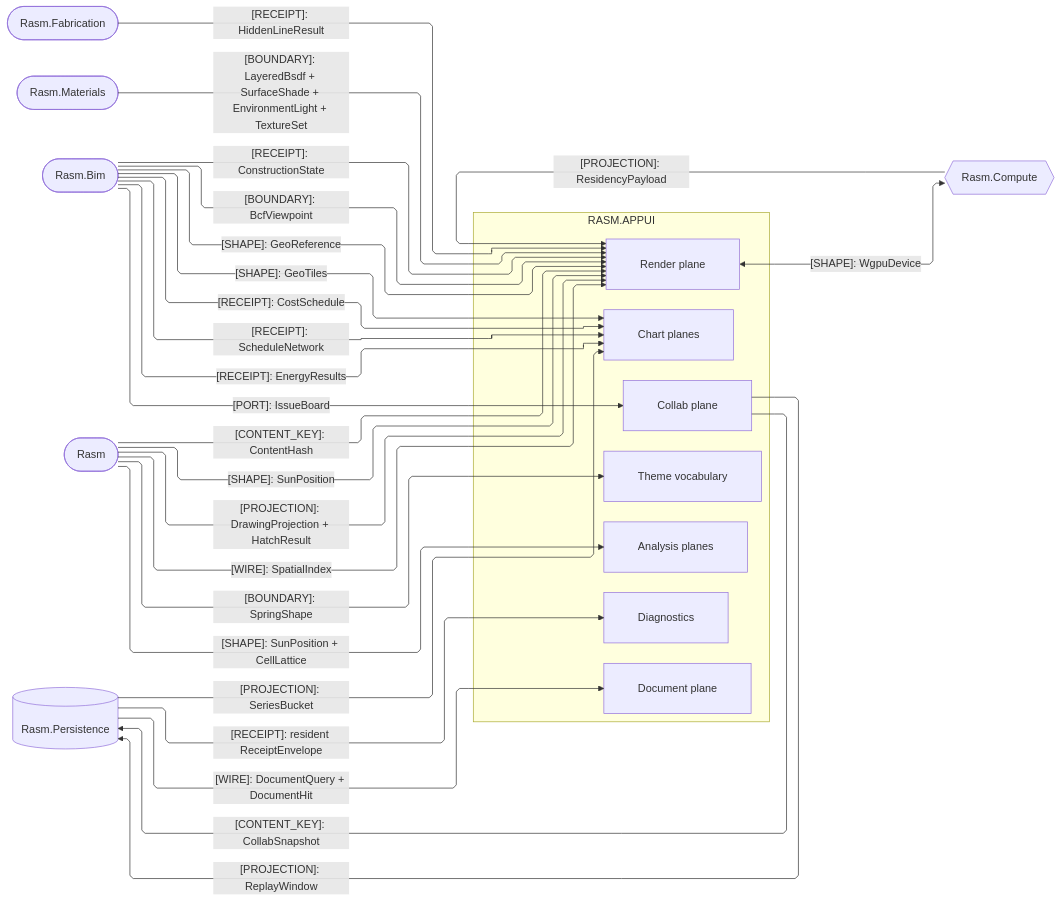
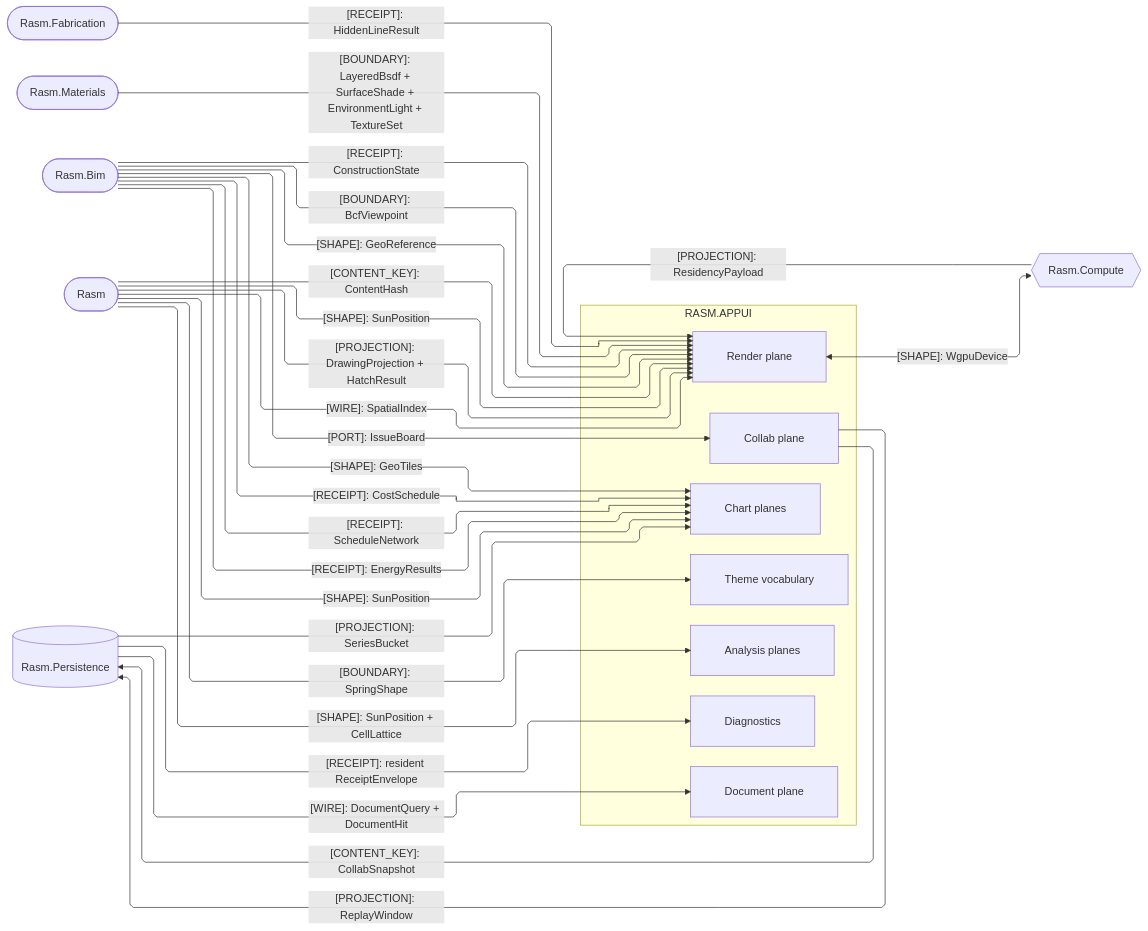
One commit to bsamiee/Rasm changed the second of 4 diagrams in libs/dotnet/Rasm.AppUi/ARCHITECTURE.md. Above: the diagram before and after it, drawn with Mermaid. The commit also changed other lines of this file and 167 other files, not shown here.

````diff
--- a/libs/dotnet/Rasm.AppUi/ARCHITECTURE.md
+++ b/libs/dotnet/Rasm.AppUi/ARCHITECTURE.md
@@ -154,50 +154,51 @@
 ```mermaid
 ---
 config:
   layout: elk
   flowchart:
     curve: linear
     padding: 25
 ---
 flowchart LR
     accTitle: AppUi AEC-domain, render-source, and storage seams
     accDescr: Which projections, shapes, receipts, boundaries, ports, wires, and content keys cross between the AppUi owners and their .NET peers.
     subgraph appui[RASM.APPUI]
         Render[Render plane]
         Charts[Chart planes]
         Collab[Collab plane]
         Document[Document plane]
         Analysis[Analysis planes]
         Theme[Theme vocabulary]
         Diagnostics[Diagnostics]
     end
     Compute{{Rasm.Compute}}
     Fabrication([Rasm.Fabrication])
     Materials([Rasm.Materials])
     Bim([Rasm.Bim])
     Rasm([Rasm])
     Persistence[(Rasm.Persistence)]
     Compute e1@-->|"[PROJECTION]: ResidencyPayload"| Render
     Render e2@<-->|"[SHAPE]: WgpuDevice"| Compute
     Fabrication e3@-->|"[RECEIPT]: HiddenLineResult"| Render
     Materials e4@-->|"[BOUNDARY]: LayeredBsdf + SurfaceShade + EnvironmentLight + TextureSet"| Render
     Rasm e5@-->|"[CONTENT_KEY]: ContentHash"| Render
     Rasm e6@-->|"[SHAPE]: SunPosition"| Render
     Rasm e7@-->|"[PROJECTION]: DrawingProjection + HatchResult"| Render
     Rasm e8@-->|"[WIRE]: SpatialIndex"| Render
     Rasm e9@-->|"[BOUNDARY]: SpringShape"| Theme
     Rasm e10@-->|"[SHAPE]: SunPosition + CellLattice"| Analysis
-    Bim e11@-->|"[SHAPE]: GeoTiles"| Charts
-    Bim e12@-->|"[RECEIPT]: CostSchedule"| Charts
-    Bim e13@-->|"[RECEIPT]: ScheduleNetwork"| Charts
-    Bim e14@-->|"[RECEIPT]: EnergyResults"| Charts
-    Persistence e15@-->|"[PROJECTION]: SeriesBucket"| Charts
-    Persistence e16@-->|"[RECEIPT]: resident ReceiptEnvelope"| Diagnostics
-    Bim e17@-->|"[PORT]: IssueBoard"| Collab
-    Collab e18@-->|"[PROJECTION]: ReplayWindow"| Persistence
-    Collab e19@-->|"[CONTENT_KEY]: CollabSnapshot"| Persistence
-    Persistence e20@-->|"[WIRE]: DocumentQuery + DocumentHit"| Document
-    Bim e21@-->|"[RECEIPT]: ConstructionState"| Render
-    Bim e22@-->|"[BOUNDARY]: BcfViewpoint"| Render
-    Bim e23@-->|"[SHAPE]: GeoReference"| Render
+    Rasm e11@-->|"[SHAPE]: SunPosition"| Charts
+    Bim e12@-->|"[SHAPE]: GeoTiles"| Charts
+    Bim e13@-->|"[RECEIPT]: CostSchedule"| Charts
+    Bim e14@-->|"[RECEIPT]: ScheduleNetwork"| Charts
+    Bim e15@-->|"[RECEIPT]: EnergyResults"| Charts
+    Persistence e16@-->|"[PROJECTION]: SeriesBucket"| Charts
+    Persistence e17@-->|"[RECEIPT]: resident ReceiptEnvelope"| Diagnostics
+    Bim e18@-->|"[PORT]: IssueBoard"| Collab
+    Collab e19@-->|"[PROJECTION]: ReplayWindow"| Persistence
+    Collab e20@-->|"[CONTENT_KEY]: CollabSnapshot"| Persistence
+    Persistence e21@-->|"[WIRE]: DocumentQuery + DocumentHit"| Document
+    Bim e22@-->|"[RECEIPT]: ConstructionState"| Render
+    Bim e23@-->|"[BOUNDARY]: BcfViewpoint"| Render
+    Bim e24@-->|"[SHAPE]: GeoReference"| Render
 ```
````
